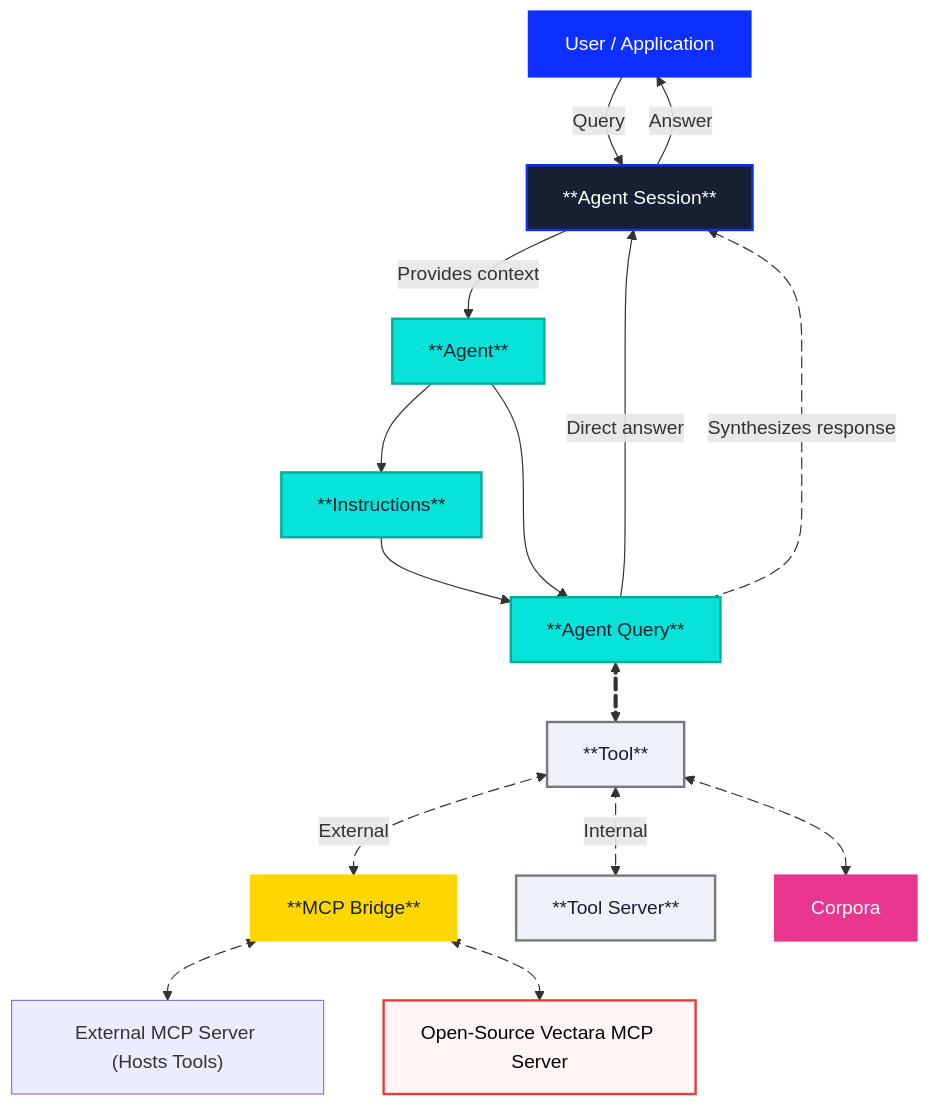
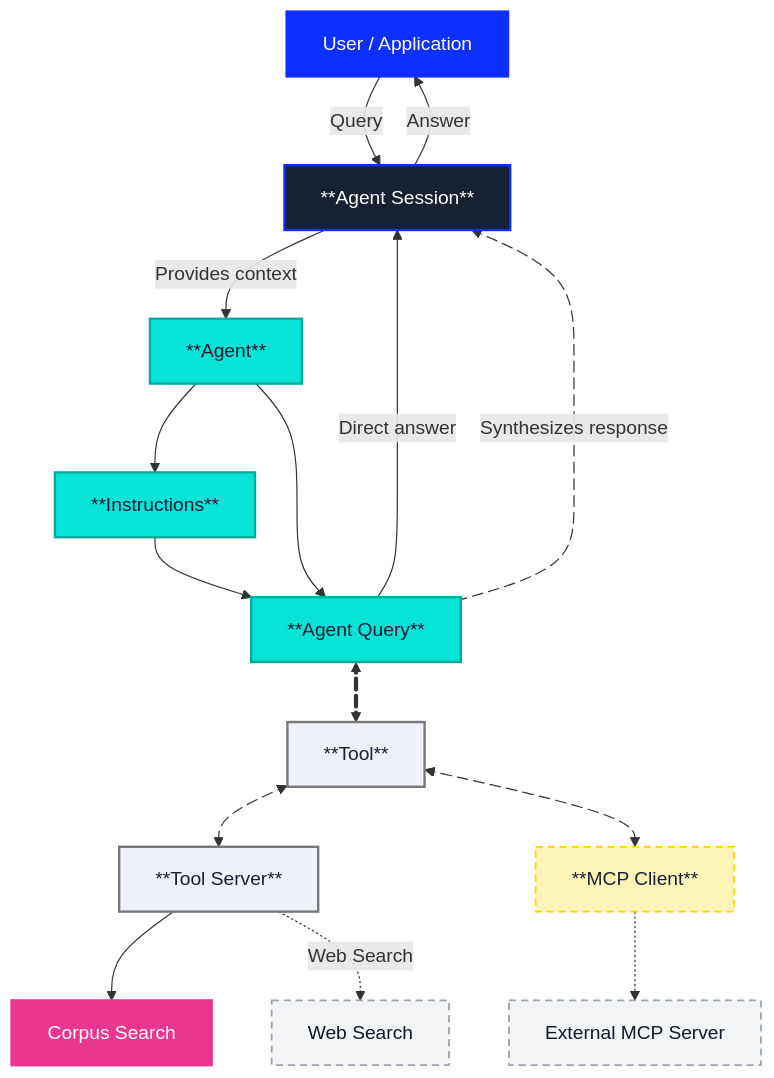
One commit to vectara/vectara-docs changed the diagram in www/docs/agents/agent-platform-overview.md. Above: the diagram before and after it, drawn with Mermaid. The commit also changed other lines of this file and 11 other files, not shown here.

````diff
--- a/www/docs/agents/agent-platform-overview.md
+++ b/www/docs/agents/agent-platform-overview.md
@@ -175,65 +86,67 @@
 ```mermaid
 flowchart TD
     %% Nodes
     User["User / Application"]
     Session["**Agent Session**"]
     Agent["**Agent**"]
     Inst["**Instructions**"]
     Query["**Agent Query**"]
+
+    %% Tools + execution layer
     Tool["**Tool**"]
-    MCP["**MCP Bridge**"]
-    MCPServer["External MCP Server (Hosts Tools)"]
     ToolServer["**Tool Server**"]
-    OSS["Open‑Source Vectara MCP Server"]
-    Corpus["Corpora"]
+
+    %% Data/targets
+    Corpus["Corpus Search"]
+    Web["Web Search"]
+
+    %% MCP
+    MCP["**MCP Client**"]
+    ExtMCP["External MCP Server"]
 
     %% Core flow
     User -->|Query| Session
     Session -->|Provides context| Agent
     Agent --> Inst
     Inst --> Query
     Agent --> Query
     Query -->|Direct answer| Session
-    Query e7@<==> Tool
+    Query e4@<==> Tool
 
-    %% MCP path for external tools
-    Tool e2@<--> |External| MCP
-    Tool e3@<--> |Internal| ToolServer
-    MCP e4@<--> MCPServer
+    %% Internal tool execution paths (v0 focus)
+    Tool e3@<--> ToolServer
+    ToolServer --> Corpus
+    ToolServer -.->|Web Search| Web
 
-    %% Internal data retrieval (when using internal tools)
-    Tool e5@<--> Corpus
+    %% Optional MCP path (de-emphasized)
+    Tool e2@<--> MCP
+    MCP -.-> ExtMCP
 
     %% Return to user
     Query e1@-->|Synthesizes response| Session
     Session -->|Answer| User
-
-    %% Optional open-source server (separate from platform)
-    MCP e6@<--> OSS
 
     %% Classes for color grouping
     classDef userEntry fill:#0D2FFF,color:#fff,stroke:#0D2FFF,stroke-width:2px;
     classDef session fill:#182033,color:#fff,stroke:#0D2FFF,stroke-width:2px;
     classDef agentic fill:#07E3D7,color:#182033,stroke:#00ABA0,stroke-width:2px;
     classDef toolLayer fill:#EEF2F8,color:#182033,stroke:#787878,stroke-width:2px;
-    classDef protocol fill:#FFD700,color:#182033,stroke:#FFD700,stroke-width:2px;
     classDef corpus fill:#E9368E,color:#fff,stroke:#E9368E,stroke-width:2px;
-    classDef oss fill:#FFF5F5,color:#000,stroke:#E53E3E,stroke-width:2px;
+    classDef external fill:#F3F4F6,color:#111827,stroke:#9CA3AF,stroke-width:1.5px,stroke-dasharray: 6 4;
+    classDef mcpTP fill:#FFF4B8,color:#182033,stroke:#FFD700,stroke-width:1.5px,stroke-dasharray: 6 4;
 
     %% Assign classes
     class User userEntry;
     class Session session;
     class Agent,Inst,Query agentic;
     class Tool,ToolServer toolLayer;
-    class MCP protocol;
     class Corpus corpus;
-    class OSS oss;
+    class Web,ExtMCP external;
+    class MCP mcpTP;
 
+    %% Animations
     e1@{ animation: slow }
     e2@{ animation: slow }
     e3@{ animation: slow }
     e4@{ animation: slow }
-    e5@{ animation: slow }
-    e6@{ animation: slow }
-    e7@{ animation: slow }
 ```
````
